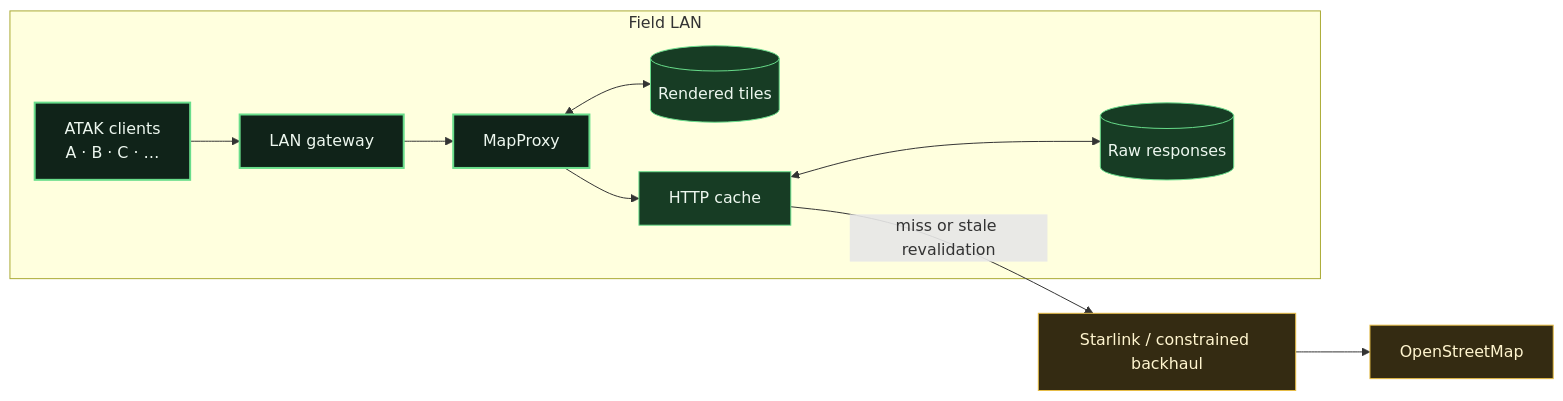
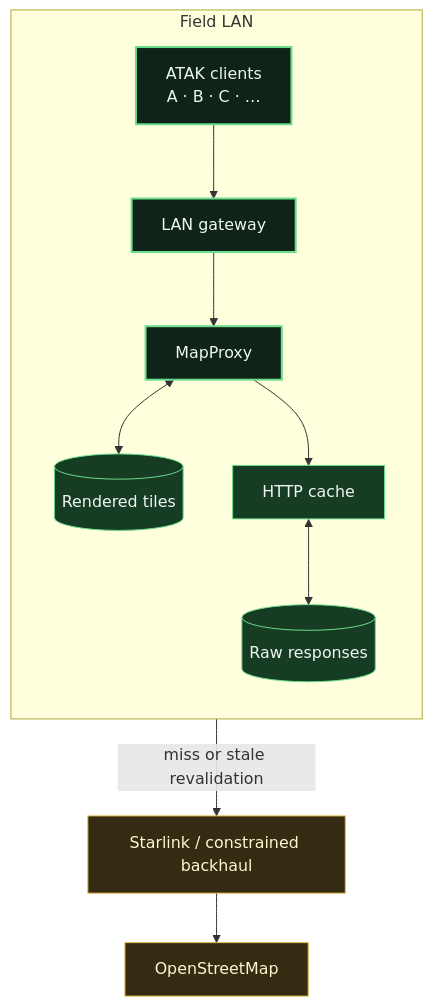
The diagram in README.md (joshuafuller/mapproxy-atak), drawn with Mermaid before and after one commit. The commit also changed other lines of this file, not shown here.

Commit message:
docs: fix clone path and diagram layout

````diff
--- a/README.md
+++ b/README.md
@@ -26,20 +26,21 @@
 ```mermaid
-flowchart LR
+flowchart TB
     subgraph LAN[Field LAN]
+        direction TB
         CLIENTS["ATAK clients<br/>A · B · C · …"] --> GATEWAY[LAN gateway]
         GATEWAY --> PROXY[MapProxy]
         PROXY <--> RENDERED[(Rendered tiles)]
         PROXY --> RAW[HTTP cache]
         RAW <--> RESPONSES[(Raw responses)]
     end
 
     RAW -->|miss or stale revalidation| LINK[Starlink / constrained backhaul]
     LINK --> OSM[OpenStreetMap]
 
     classDef local fill:#102319,stroke:#69dd8b,color:#edf7ef,stroke-width:2px;
     classDef cache fill:#173c24,stroke:#69dd8b,color:#edf7ef;
     classDef uplink fill:#342b12,stroke:#e7bd45,color:#fff5cf;
     class CLIENTS,GATEWAY,PROXY local;
     class RENDERED,RAW,RESPONSES cache;
     class LINK,OSM uplink;
 ```
````
